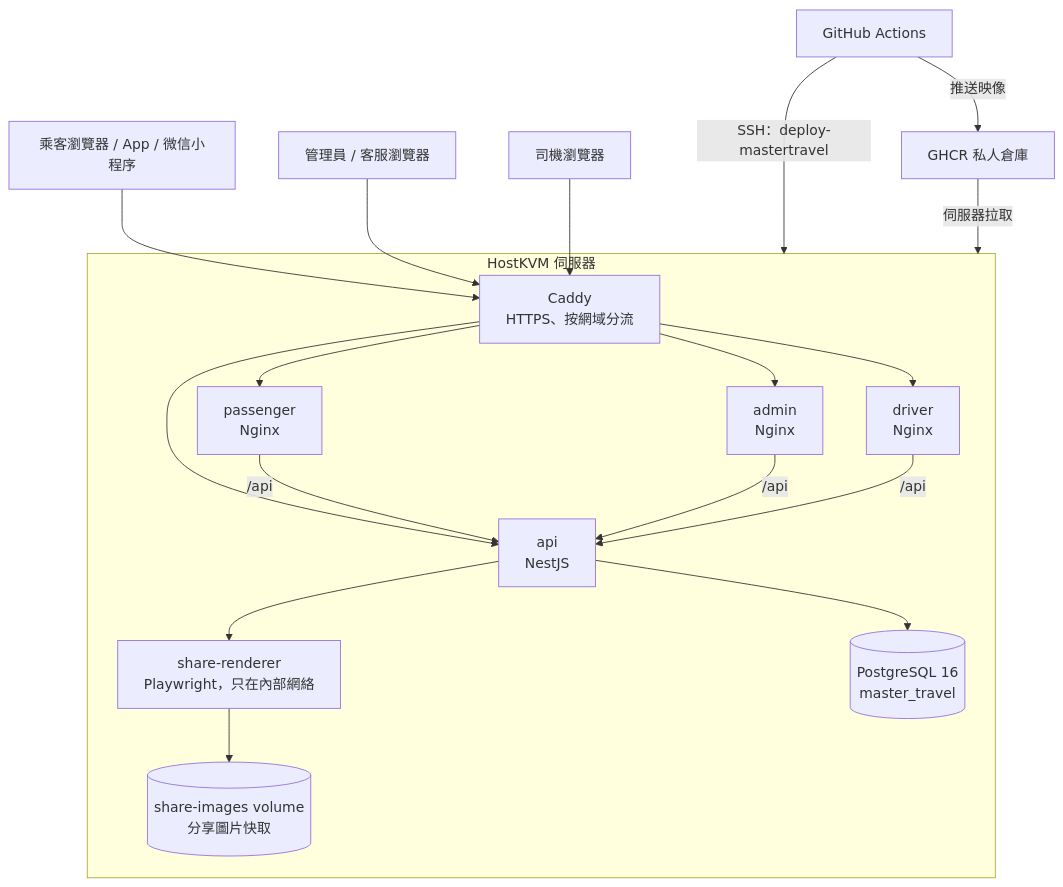
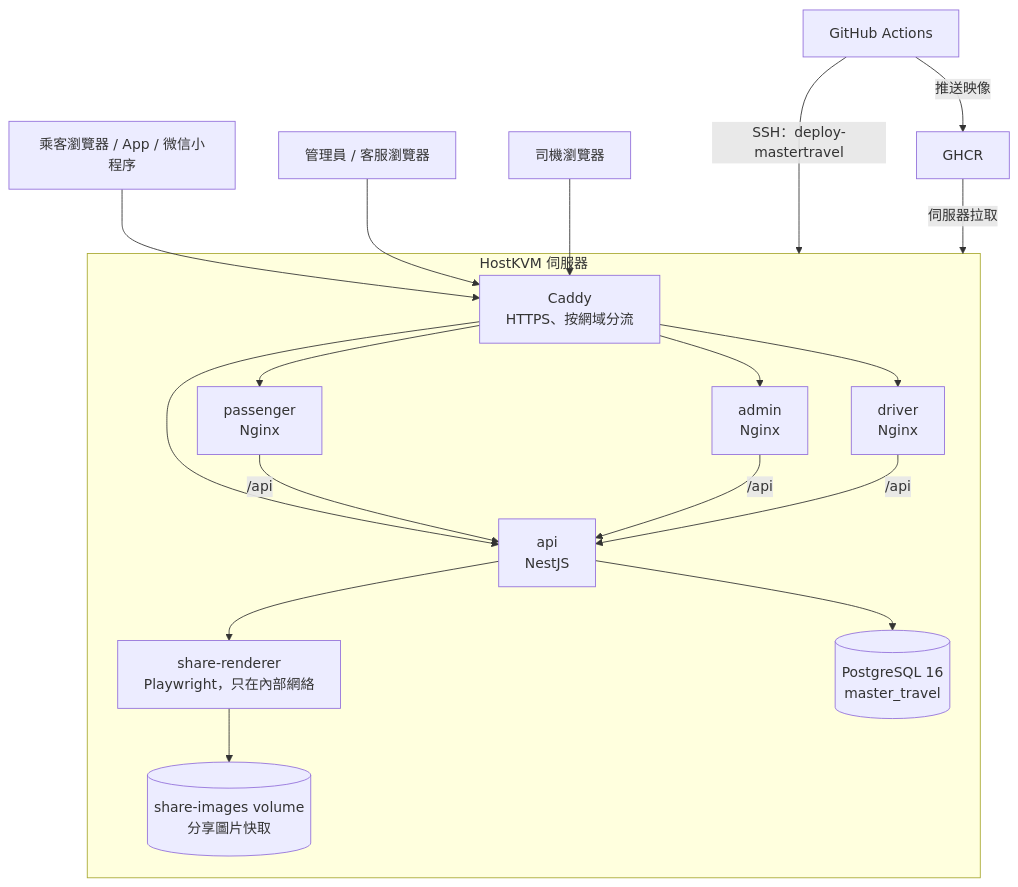
One commit to masterappIT/master-travel-project changed the diagram in docs/PRODUCTION-DEPLOYMENT.md. Above: the diagram before and after it, drawn with Mermaid. The commit also changed other lines of this file and 8 other files, not shown here.

````diff
--- a/docs/PRODUCTION-DEPLOYMENT.md
+++ b/docs/PRODUCTION-DEPLOYMENT.md
@@ -19,37 +19,37 @@
 ```mermaid
 flowchart TB
     PassengerUser[乘客瀏覽器 / App / 微信小程序]
     AdminUser[管理員 / 客服瀏覽器]
     DriverUser[司機瀏覽器]
 
     subgraph Server[HostKVM 伺服器]
         Caddy[Caddy<br/>HTTPS、按網域分流]
         Passenger[passenger<br/>Nginx]
         Admin[admin<br/>Nginx]
         Driver[driver<br/>Nginx]
         API[api<br/>NestJS]
         Renderer[share-renderer<br/>Playwright，只在內部網絡]
         DB[(PostgreSQL 16<br/>master_travel)]
         Cache[(share-images volume<br/>分享圖片快取)]
     end
 
-    Registry[GHCR 私人倉庫]
+    Registry[GHCR]
     Actions[GitHub Actions]
 
     PassengerUser --> Caddy
     AdminUser --> Caddy
     DriverUser --> Caddy
     Caddy --> Passenger
     Caddy --> Admin
     Caddy --> Driver
     Caddy --> API
     Passenger -->|/api| API
     Admin -->|/api| API
     Driver -->|/api| API
     API --> DB
     API --> Renderer
     Renderer --> Cache
     Actions -->|推送映像| Registry
     Actions -->|SSH：deploy-mastertravel| Server
     Registry -->|伺服器拉取| Server
 ```
````
